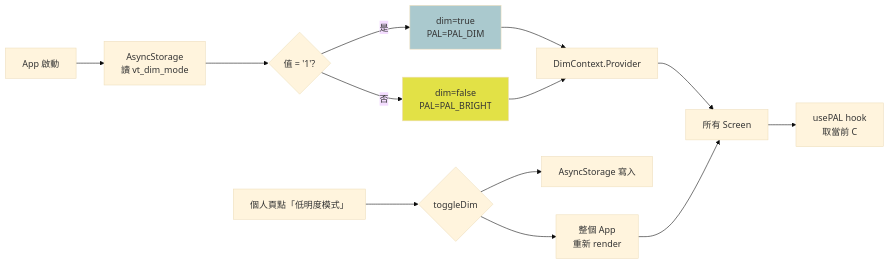
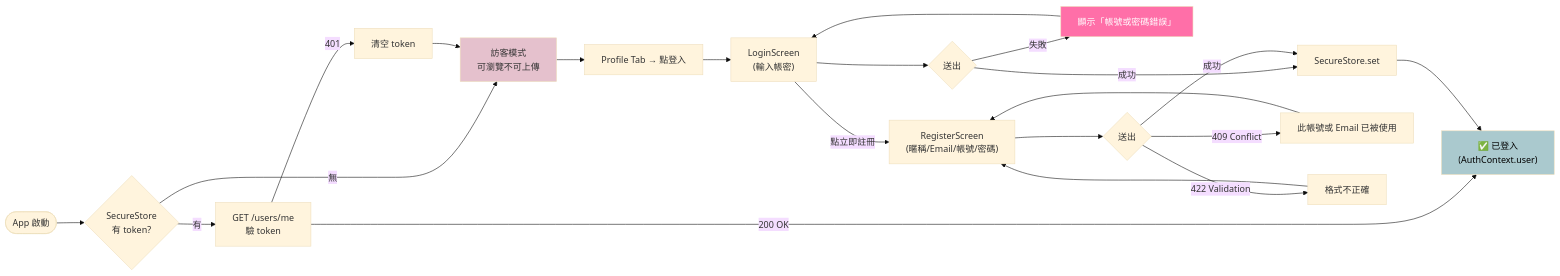
The fifth of 11 diagrams in FLOW.md (starsky58uu/vibetrip), drawn with Mermaid (base theme) before and after one commit. The commit also changed other lines of this file and 1 other file, not shown here.

Commit message:
改架構圖

````diff
--- a/FLOW.md
+++ b/FLOW.md
@@ -164,21 +154,32 @@
 ```mermaid
 graph LR
-    Boot[App 啟動] --> ReadStorage[AsyncStorage<br/>讀 vt_dim_mode]
-    ReadStorage --> InitDim{值 = '1'?}
-    InitDim -->|是| DimOn[dim=true<br/>PAL=PAL_DIM]
-    InitDim -->|否| DimOff[dim=false<br/>PAL=PAL_BRIGHT]
+    Start([App 啟動]) --> Check{SecureStore<br/>有 token?}
+    Check -->|有| Validate["GET /users/me<br/>驗 token"]
+    Check -->|無| Guest[訪客模式<br/>可瀏覽不可上傳]
 
-    DimOn --> Provider[DimContext.Provider]
-    DimOff --> Provider
+    Validate -->|200 OK| LoggedIn["✅ 已登入<br/>(AuthContext.user)"]
+    Validate -->|401| ClearToken[清空 token]
+    ClearToken --> Guest
 
-    Provider --> Screens[所有 Screen]
-    Screens --> UsePAL[usePAL hook<br/>取當前 C]
+    Guest --> NavLogin["Profile Tab → 點登入"]
+    NavLogin --> LoginScreen["LoginScreen<br/>(輸入帳密)"]
 
-    UserToggle[個人頁點「低明度模式」] --> Toggle{toggleDim}
-    Toggle --> WriteStorage[AsyncStorage 寫入]
-    Toggle --> ReRender[整個 App<br/>重新 render]
-    ReRender --> Screens
+    LoginScreen --> Submit{送出}
+    Submit -->|成功| StoreToken[SecureStore.set]
+    Submit -->|失敗| ShowErr["顯示「帳號或密碼錯誤」"]
+    ShowErr --> LoginScreen
 
-    style DimOn fill:#AAC9CE
-    style DimOff fill:#E2E146
+    LoginScreen -->|點立即註冊| RegScreen["RegisterScreen<br/>(暱稱/Email/帳號/密碼)"]
+    RegScreen --> SubmitReg{送出}
+    SubmitReg -->|409 Conflict| AlreadyUsed[此帳號或 Email 已被使用]
+    SubmitReg -->|422 Validation| BadFormat[格式不正確]
+    SubmitReg -->|成功| StoreToken
+    AlreadyUsed --> RegScreen
+    BadFormat --> RegScreen
+
+    StoreToken --> LoggedIn
+
+    style LoggedIn fill:#AAC9CE,color:#000
+    style Guest fill:#E5C1CD
+    style ShowErr fill:#FF6FA8,color:#fff
 ```
````
